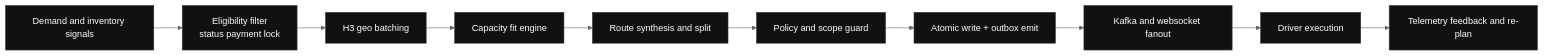
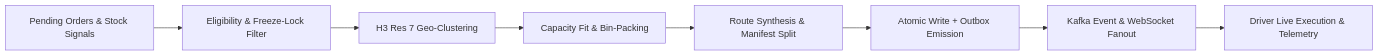
The second of 3 diagrams in README.md (CYBERSTALKER07/ATOMOS), drawn with Mermaid before and after one commit. The commit also changed other lines of this file and 463 other files, not shown here.

````diff
--- a/README.md
+++ b/README.md
@@ -181,13 +207,10 @@
 ```mermaid
-%%{init: {"theme":"base","themeVariables":{"darkMode":true,"background":"#000000","primaryColor":"#111111","primaryTextColor":"#FFFFFF","primaryBorderColor":"#333333","secondaryColor":"#111111","secondaryTextColor":"#FFFFFF","secondaryBorderColor":"#333333","tertiaryColor":"#111111","tertiaryTextColor":"#FFFFFF","tertiaryBorderColor":"#333333","lineColor":"#666666","textColor":"#FFFFFF","mainBkg":"#111111","nodeBorder":"#333333","clusterBkg":"#0A0A0A","clusterBorder":"#222222","titleColor":"#FFFFFF","edgeLabelBackground":"#111111"},"themeCSS":".edgeLabel text,.label text,.stateLabel text,.messageText,.nodeLabel{fill:#FFFFFF !important;color:#FFFFFF !important;} .edgeLabel rect{fill:#111111 !important;opacity:1 !important;}"}}%%
 flowchart LR
-   A[Demand and inventory signals] --> B[Eligibility filter\nstatus payment lock]
-   B --> C[H3 geo batching]
-   C --> D[Capacity fit engine]
-   D --> E[Route synthesis and split]
-   E --> F[Policy and scope guard]
-   F --> G[Atomic write + outbox emit]
-   G --> H[Kafka and websocket fanout]
-   H --> I[Driver execution]
-   I --> J[Telemetry feedback and re-plan]
+   A[Pending Orders & Stock Signals] --> B[Eligibility & Freeze-Lock Filter]
+   B --> C[H3 Res 7 Geo-Clustering]
+   C --> D[Capacity Fit & Bin-Packing]
+   D --> E[Route Synthesis & Manifest Split]
+   E --> F[Atomic Write + Outbox Emission]
+   F --> G[Kafka Event & WebSocket Fanout]
+   G --> H[Driver Live Execution & Telemetry]
 ```
````
